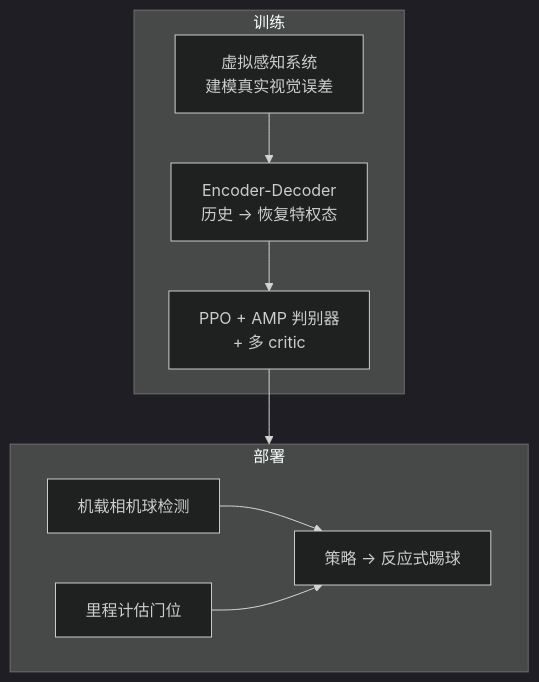
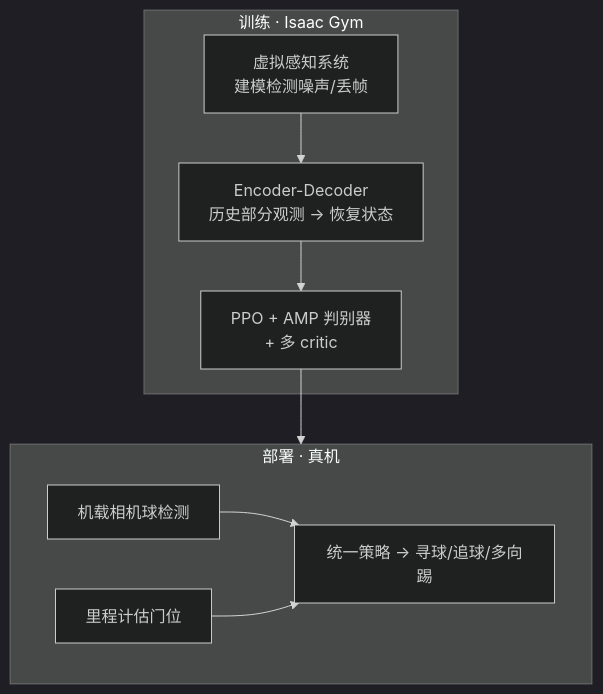
Before and after one commit to ImChong/Robotics_Notebooks: the first of 2 diagrams in wiki/entities/paper-hrl-stack-26-learning_vision_driven_reactive_socc.md, drawn with Mermaid (dark theme). The commit also changed other lines of this file and 14 other files, not shown here.

````diff
--- a/wiki/entities/paper-hrl-stack-26-learning_vision_driven_reactive_socc.md
+++ b/wiki/entities/paper-hrl-stack-26-learning_vision_driven_reactive_socc.md
@@ -75,17 +79,17 @@
 ```mermaid
 flowchart TB
-  subgraph train [训练]
-    virt["虚拟感知系统<br/>建模真实视觉误差"]
-    enc["Encoder-Decoder<br/>历史 → 恢复特权态"]
+  subgraph train [训练 · Isaac Gym]
+    virt["虚拟感知系统<br/>建模检测噪声/丢帧"]
+    enc["Encoder-Decoder<br/>历史部分观测 → 恢复状态"]
     amp["PPO + AMP 判别器<br/>+ 多 critic"]
     virt --> enc --> amp
   end
-  subgraph deploy [部署]
+  subgraph deploy [部署 · 真机]
     cam["机载相机球检测"]
     odom["里程计估门位"]
-    pi["策略 → 反应式踢球"]
+    pi["统一策略 → 寻球/追球/多向踢"]
     cam --> pi
     odom --> pi
   end
   amp --> deploy
 ```
````
